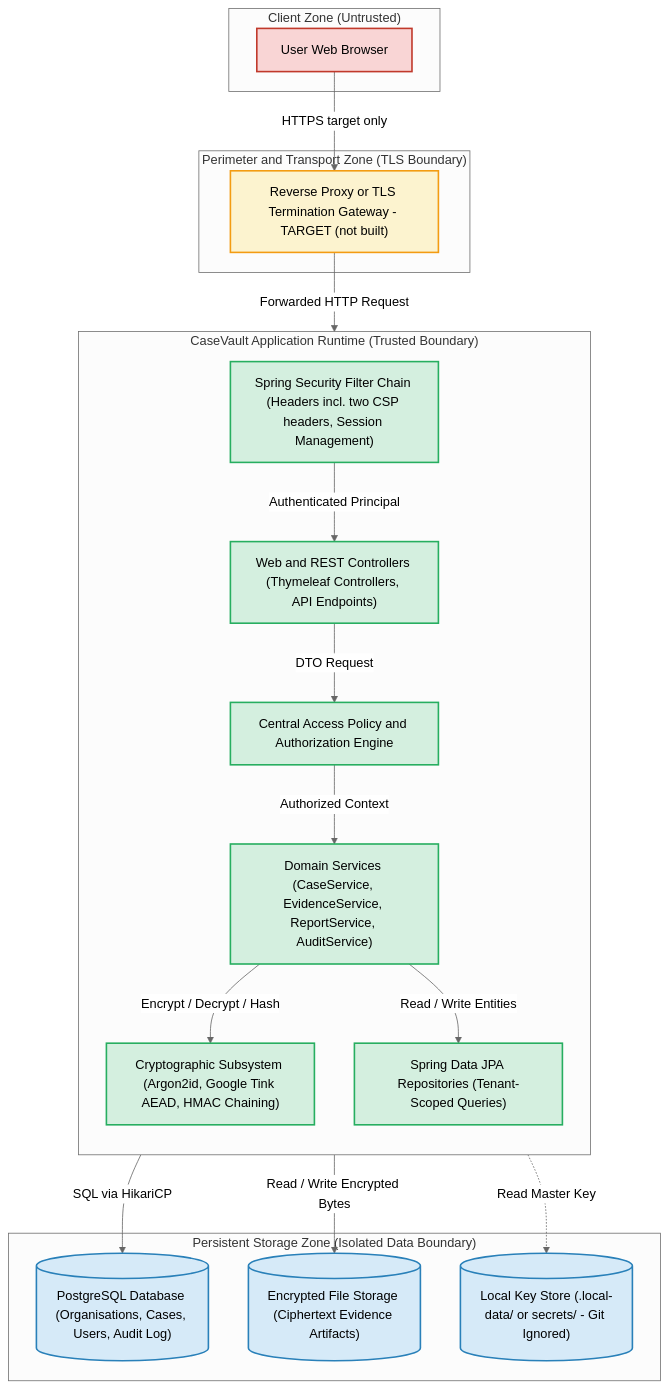
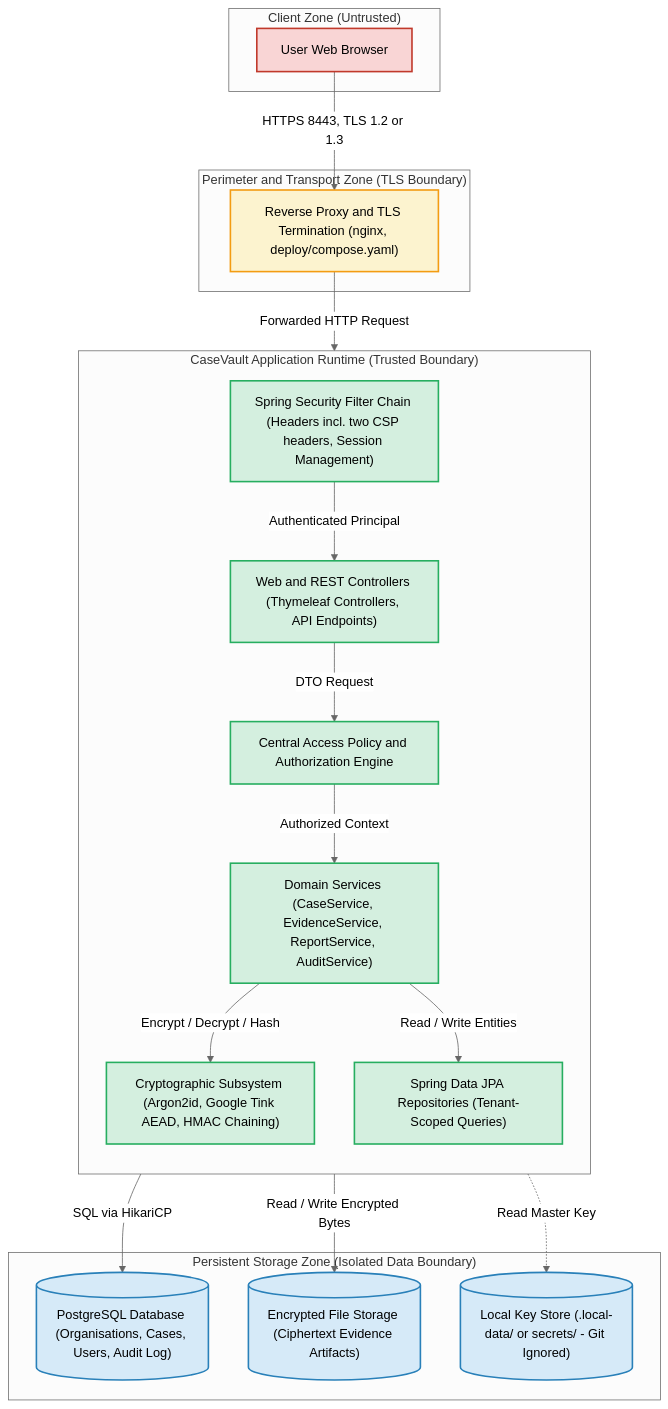
Before and after one commit to hasinhuda/CaseVault: the diagram in docs/architecture.md, drawn with Mermaid (neutral theme). The commit also changed other lines of this file and 38 other files, not shown here.

First line of the commit message:
feat(deploy): hardened Docker stack with nginx TLS, app and PostgreSQL (Phase 12B)

````diff
--- a/docs/architecture.md
+++ b/docs/architecture.md
@@ -12,47 +12,47 @@
 ```mermaid
 flowchart TD
     subgraph ClientZone["Client Zone (Untrusted)"]
         Browser["User Web Browser"]
     end
 
     subgraph PerimeterZone["Perimeter and Transport Zone (TLS Boundary)"]
-        Ingress["Reverse Proxy or TLS Termination Gateway - TARGET (not built)"]
+        Ingress["Reverse Proxy and TLS Termination (nginx, deploy/compose.yaml)"]
     end
 
     subgraph AppZone["CaseVault Application Runtime (Trusted Boundary)"]
         direction TB
         SecurityFilter["Spring Security Filter Chain (Headers incl. two CSP headers, Session Management)"]
         WebControllers["Web and REST Controllers (Thymeleaf Controllers, API Endpoints)"]
         AccessPolicy["Central Access Policy and Authorization Engine"]
         DomainServices["Domain Services (CaseService, EvidenceService, ReportService, AuditService)"]
         CryptoSubsystem["Cryptographic Subsystem (Argon2id, Google Tink AEAD, HMAC Chaining)"]
         DataRepositories["Spring Data JPA Repositories (Tenant-Scoped Queries)"]
     end
 
     subgraph StorageZone["Persistent Storage Zone (Isolated Data Boundary)"]
         PostgresDB[("PostgreSQL Database (Organisations, Cases, Users, Audit Log)")]
         EncryptedFS[("Encrypted File Storage (Ciphertext Evidence Artifacts)")]
         KeyStore[("Local Key Store (.local-data/ or secrets/ - Git Ignored)")]
     end
 
-    Browser -->|HTTPS target only| Ingress
+    Browser -->|HTTPS 8443, TLS 1.2 or 1.3| Ingress
     Ingress -->|Forwarded HTTP Request| SecurityFilter
     SecurityFilter -->|Authenticated Principal| WebControllers
     WebControllers -->|DTO Request| AccessPolicy
     AccessPolicy -->|Authorized Context| DomainServices
     DomainServices -->|Encrypt / Decrypt / Hash| CryptoSubsystem
     DomainServices -->|Read / Write Entities| DataRepositories
     CryptoSubsystem -.->|Read Master Key| KeyStore
     CryptoSubsystem -->|Read / Write Encrypted Bytes| EncryptedFS
     DataRepositories -->|SQL via HikariCP| PostgresDB
 
     classDef untrusted fill:#f9d5d5,stroke:#c0392b,stroke-width:2px;
     classDef perimeter fill:#fcf3cf,stroke:#f39c12,stroke-width:2px;
     classDef trusted fill:#d4efdf,stroke:#27ae60,stroke-width:2px;
     classDef storage fill:#d6eaf8,stroke:#2980b9,stroke-width:2px;
 
     class Browser untrusted;
     class Ingress perimeter;
     class SecurityFilter,WebControllers,AccessPolicy,DomainServices,CryptoSubsystem,DataRepositories trusted;
     class PostgresDB,EncryptedFS,KeyStore storage;
 ```
````
